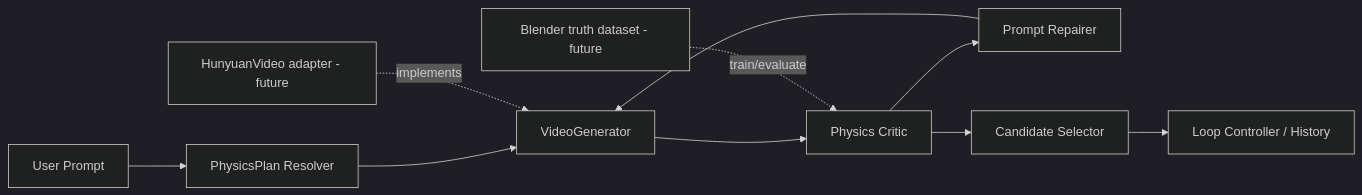
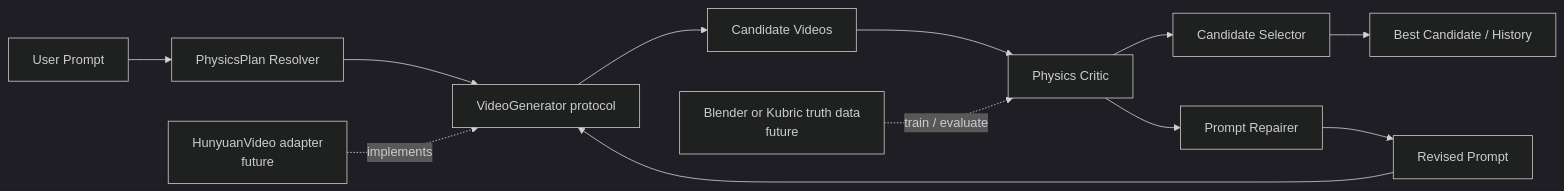
The first of 2 diagrams in README.md (hejin001018-gif/PhysGenLoop-), drawn with Mermaid (dark theme) before and after one commit. The commit also changed other lines of this file and 4 other files, not shown here.

````diff
--- a/README.md
+++ b/README.md
@@ -20,13 +28,15 @@
 ```mermaid
 flowchart LR
     U[User Prompt] --> P[PhysicsPlan Resolver]
-    P --> G[VideoGenerator]
-    G --> C[Physics Critic]
+    P --> G[VideoGenerator protocol]
+    G --> V[Candidate Videos]
+    V --> C[Physics Critic]
+    C --> S[Candidate Selector]
+    S --> H[Best Candidate / History]
     C --> R[Prompt Repairer]
-    C --> S[Candidate Selector]
-    R --> G
-    S --> L[Loop Controller / History]
+    R --> N[Revised Prompt]
+    N --> G
 
-    B[Blender truth dataset - future] -. train/evaluate .-> C
-    H[HunyuanVideo adapter - future] -. implements .-> G
+    HV[HunyuanVideo adapter<br/>future] -. implements .-> G
+    BD[Blender or Kubric truth data<br/>future] -. train / evaluate .-> C
 ```
````
